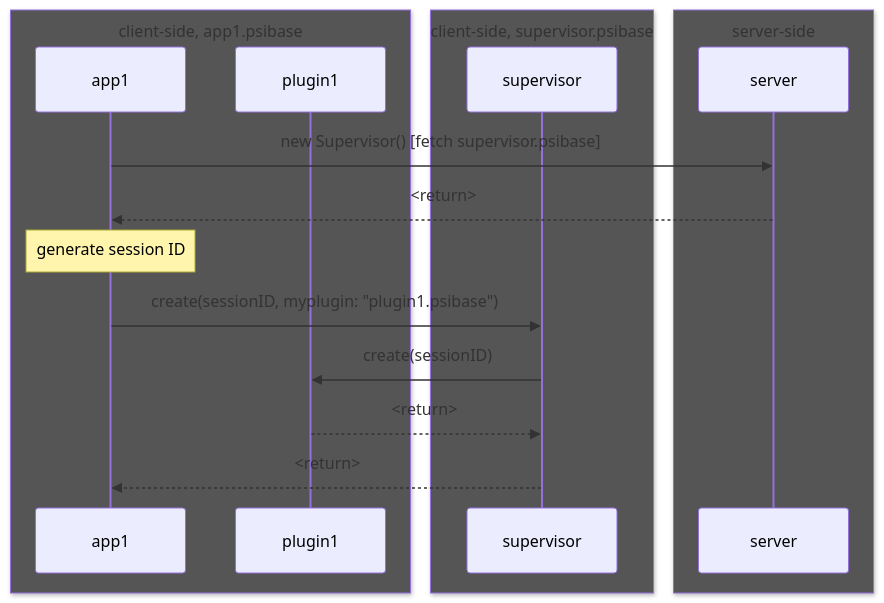
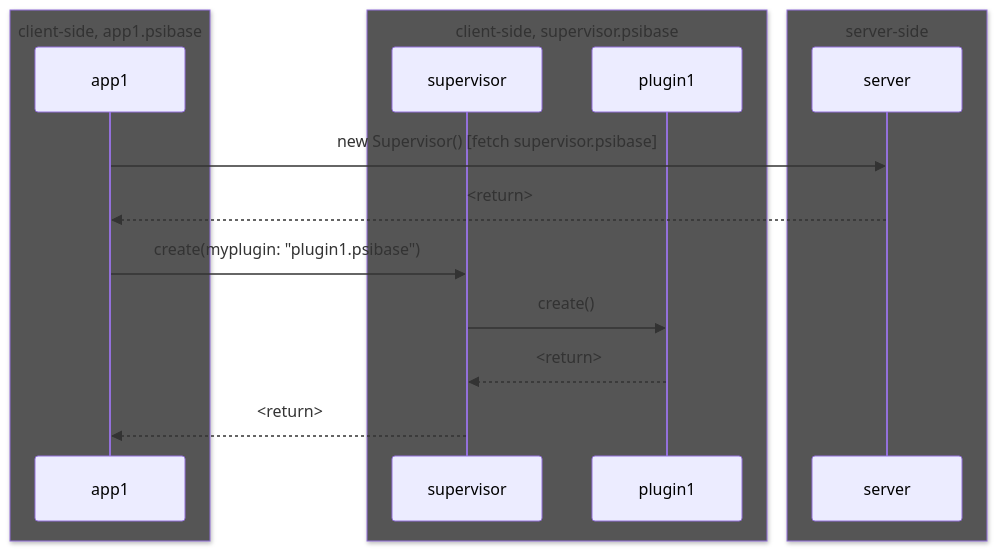
The first of 3 diagrams in doc/psidk/src/specifications/app-architecture/supervisor.md (gofractally/psibase), drawn with Mermaid before and after one commit. The commit also changed other lines of this file and 5 other files, not shown here.

````diff
--- a/doc/psidk/src/specifications/app-architecture/supervisor.md
+++ b/doc/psidk/src/specifications/app-architecture/supervisor.md
@@ -141,24 +138,23 @@
 ```mermaid
 sequenceDiagram
 %%{init: { 'sequence': {'noteAlign': 'left'} }}%%
 
 box rgb(85,85,85) client-side, app1.psibase
 participant app1
-participant plugin1
 end
 box rgb(85,85,85) client-side, supervisor.psibase
 participant supervisor
+participant plugin1
 end
 
 box rgb(85,85,85) server-side
 participant server
 end
 
 app1->>server: new Supervisor() [fetch supervisor.psibase]
 server-->>app1: <return>
-note over app1: generate session ID
-app1->>supervisor: create(sessionID, myplugin: "plugin1.psibase")
-supervisor->>plugin1: create(sessionID)
+app1->>supervisor: create(myplugin: "plugin1.psibase")
+supervisor->>plugin1: create()
 plugin1-->>supervisor: <return>
 supervisor-->>app1: <return>
 ```
````
